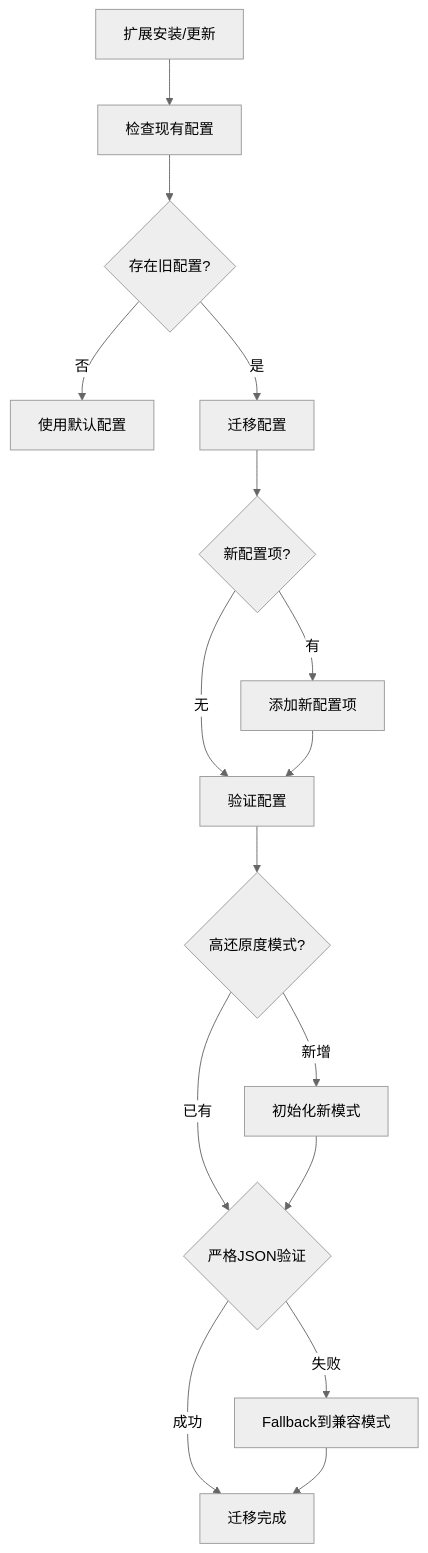
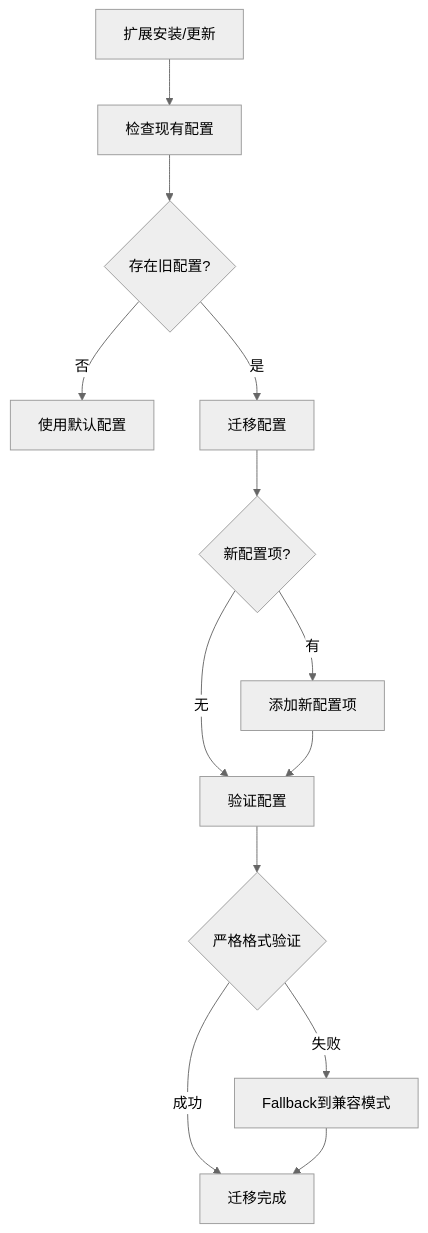
Diagram 11 of 11 in .qoder/repowiki/zh/content/技术架构/核心模块分析/配置管理模块 (config.js).md (binasi/Img2Prompt), drawn with Mermaid (neutral theme) before and after one commit. The commit also changed other lines of this file and 9 other files, not shown here.

````diff
--- a/.qoder/repowiki/zh/content/技术架构/核心模块分析/配置管理模块 (config.js).md
+++ b/.qoder/repowiki/zh/content/技术架构/核心模块分析/配置管理模块 (config.js).md
@@ -693,18 +736,15 @@
 ```mermaid
 flowchart TD
 Install[扩展安装/更新] --> Check[检查现有配置]
 Check --> HasConfig{存在旧配置?}
 HasConfig --> |否| Default[使用默认配置]
 HasConfig --> |是| Migrate[迁移配置]
 Migrate --> NewKeys{新配置项?}
 NewKeys --> |有| AddKeys[添加新配置项]
 NewKeys --> |无| Validate[验证配置]
 AddKeys --> Validate
-Validate --> RecreateMode{高还原度模式?}
-RecreateMode --> |新增| InitMode[初始化新模式]
-RecreateMode --> |已有| StrictJSON{严格JSON验证}
-InitMode --> StrictJSON
+Validate --> StrictJSON{严格格式验证}
 StrictJSON --> |失败| Fallback[Fallback到兼容模式]
 StrictJSON --> |成功| Complete[迁移完成]
 Fallback --> Complete
 ```
````
